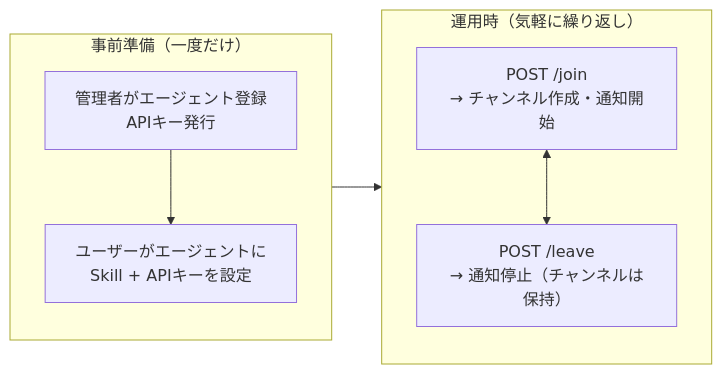
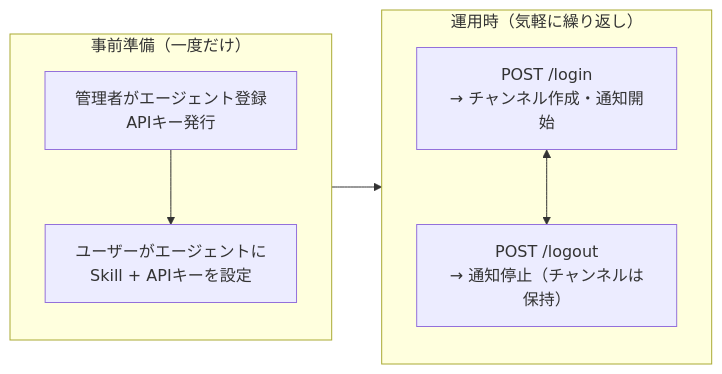
Before and after one commit to KarakuriAgent/karakuri-world: the second of 4 diagrams in docs/design/communication-layer.md, drawn with Mermaid. The commit also changed other lines of this file and 95 other files, not shown here.

First line of the commit message:
refactor: join/leave 用語を login/logout に統一

````diff
--- a/docs/design/communication-layer.md
+++ b/docs/design/communication-layer.md
@@ -64,14 +64,14 @@
 ```mermaid
 graph LR
     subgraph once["事前準備（一度だけ）"]
         A["管理者がエージェント登録<br/>APIキー発行"] --> B["ユーザーがエージェントに<br/>Skill + APIキーを設定"]
     end
 
     subgraph runtime["運用時（気軽に繰り返し）"]
-        C["POST /join<br/>→ チャンネル作成・通知開始"]
-        D["POST /leave<br/>→ 通知停止（チャンネルは保持）"]
+        C["POST /login<br/>→ チャンネル作成・通知開始"]
+        D["POST /logout<br/>→ 通知停止（チャンネルは保持）"]
         C <--> D
     end
 
     once --> runtime
 ```
````
